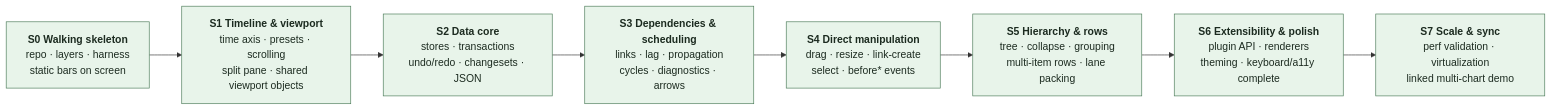
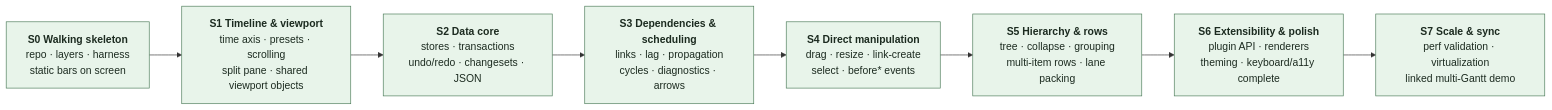
One commit to freegantt/freegantt changed the diagram in plans/00-overview.md. Above: the diagram before and after it, drawn with Mermaid. The commit also changed other lines of this file and 21 other files, not shown here.

Commit message:
Renamed Chart to Gantt globablly

````diff
--- a/plans/00-overview.md
+++ b/plans/00-overview.md
@@ -57,16 +57,16 @@
 ```mermaid
 flowchart LR
   S0["<b>S0 Walking skeleton</b><br/>repo · layers · harness<br/>static bars on screen"]
   S1["<b>S1 Timeline & viewport</b><br/>time axis · presets · scrolling<br/>split pane · shared viewport objects"]
   S2["<b>S2 Data core</b><br/>stores · transactions<br/>undo/redo · changesets · JSON"]
   S3["<b>S3 Dependencies & scheduling</b><br/>links · lag · propagation<br/>cycles · diagnostics · arrows"]
   S4["<b>S4 Direct manipulation</b><br/>drag · resize · link-create<br/>select · before* events"]
   S5["<b>S5 Hierarchy & rows</b><br/>tree · collapse · grouping<br/>multi-item rows · lane packing"]
   S6["<b>S6 Extensibility & polish</b><br/>plugin API · renderers<br/>theming · keyboard/a11y complete"]
-  S7["<b>S7 Scale & sync</b><br/>perf validation · virtualization<br/>linked multi-chart demo"]
+  S7["<b>S7 Scale & sync</b><br/>perf validation · virtualization<br/>linked multi-Gantt demo"]
 
   S0 --> S1 --> S2 --> S3 --> S4 --> S5 --> S6 --> S7
 
   classDef s fill:#e8f4ea,stroke:#4a7a58,color:#1c2b20
   class S0,S1,S2,S3,S4,S5,S6,S7 s
 ```
````
